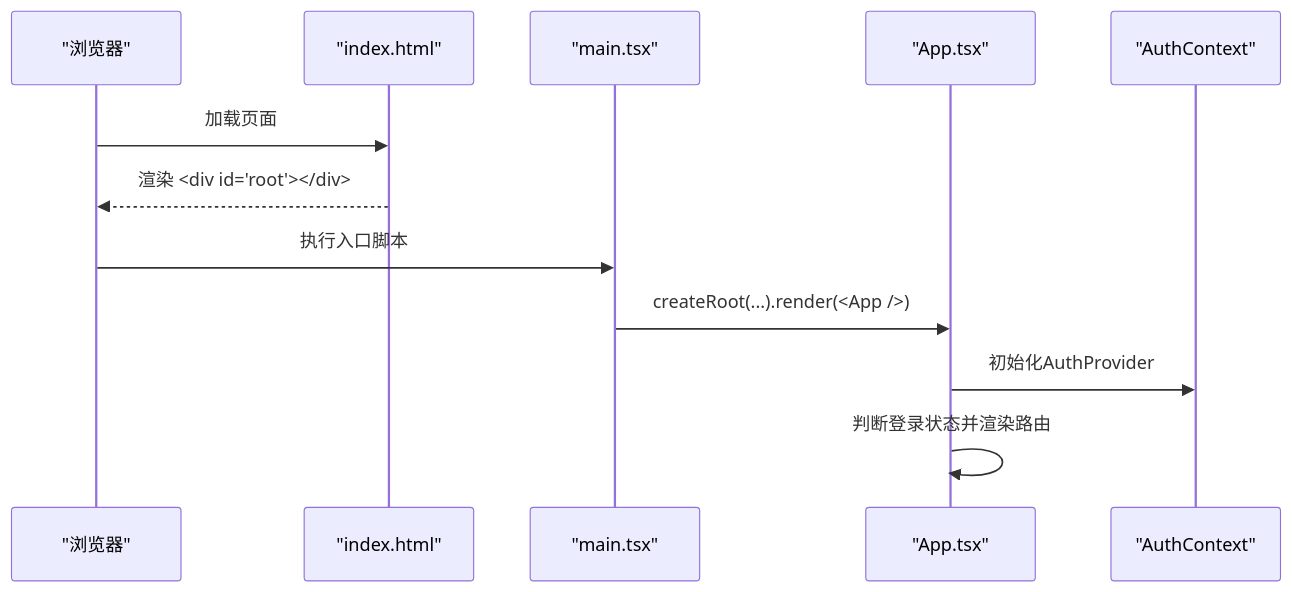
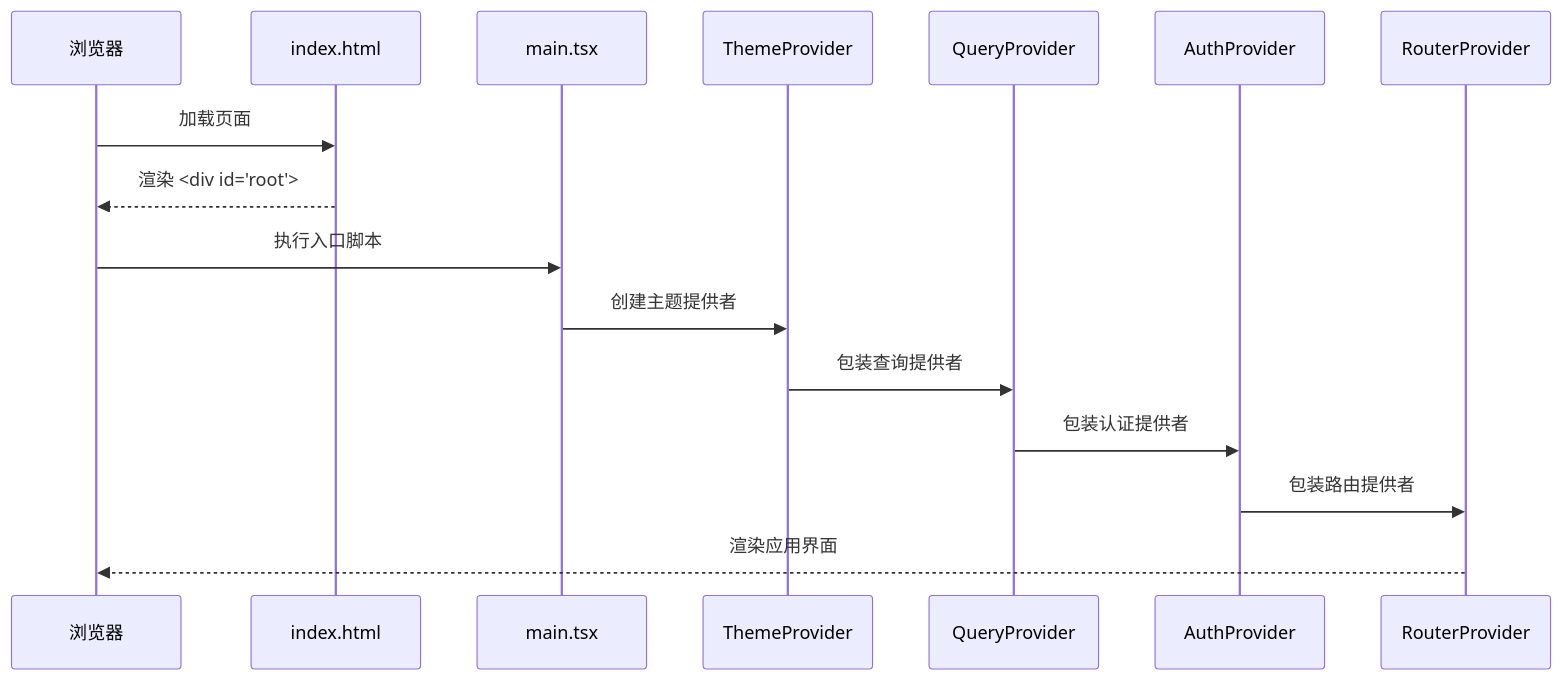
Before and after one commit to angledick/-: the fourth of 7 diagrams in .qoder/repowiki/zh/content/前端应用架构/React应用结构.md, drawn with Mermaid. The commit also changed other lines of this file and 770 other files, not shown here.

````diff
--- a/.qoder/repowiki/zh/content/前端应用架构/React应用结构.md
+++ b/.qoder/repowiki/zh/content/前端应用架构/React应用结构.md
@@ -169,14 +196,18 @@
 ```mermaid
 sequenceDiagram
-participant Browser as "浏览器"
-participant HTML as "index.html"
-participant Main as "main.tsx"
-participant App as "App.tsx"
-participant Auth as "AuthContext"
+participant Browser as 浏览器
+participant HTML as index.html
+participant Main as main.tsx
+participant Theme as ThemeProvider
+participant Query as QueryProvider
+participant Auth as AuthProvider
+participant Router as RouterProvider
 Browser->>HTML : 加载页面
-HTML-->>Browser : 渲染 <div id="root"></div>
+HTML-->>Browser : 渲染 <div id="root">
 Browser->>Main : 执行入口脚本
-Main->>App : createRoot(...).render(<App />)
-App->>Auth : 初始化AuthProvider
-App->>App : 判断登录状态并渲染路由
+Main->>Theme : 创建主题提供者
+Theme->>Query : 包装查询提供者
+Query->>Auth : 包装认证提供者
+Auth->>Router : 包装路由提供者
+Router-->>Browser : 渲染应用界面
 ```
````
